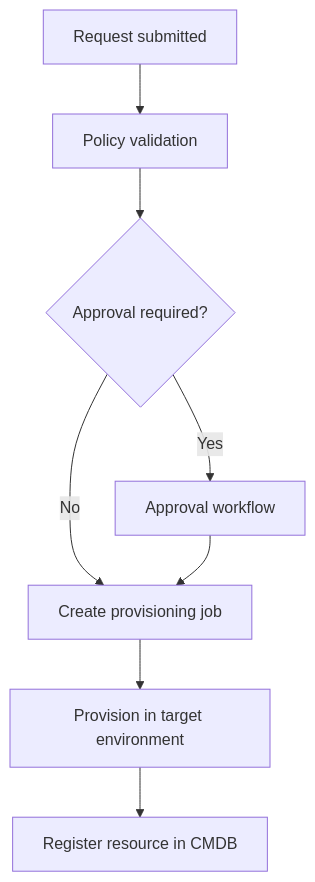
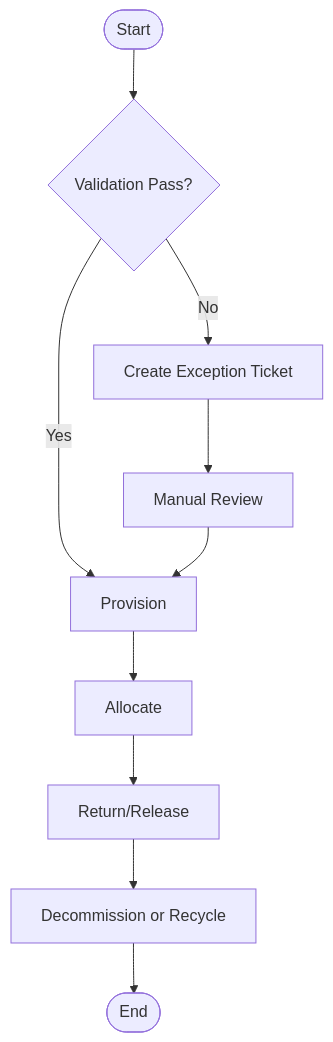
The diagram in Resource Lifecycle Management Platform/analysis/activity-diagrams.md (0Ankit0/Project-Ideas), drawn with Mermaid before and after one commit. The commit also changed other lines of this file and 37 other files, not shown here.

````diff
--- a/Resource Lifecycle Management Platform/analysis/activity-diagrams.md
+++ b/Resource Lifecycle Management Platform/analysis/activity-diagrams.md
@@ -4,10 +34,11 @@
 ```mermaid
 flowchart TD
-  A[Request submitted] --> B[Policy validation]
-  B --> C{Approval required?}
-  C -- Yes --> D[Approval workflow]
-  C -- No --> E[Create provisioning job]
-  D --> E
-  E --> F[Provision in target environment]
-  F --> G[Register resource in CMDB]
+  S([Start]) --> V{Validation Pass?}
+  V -->|No| E[Create Exception Ticket]
+  V -->|Yes| P[Provision]
+  P --> A[Allocate]
+  A --> R[Return/Release]
+  R --> D[Decommission or Recycle]
+  E --> M[Manual Review] --> P
+  D --> X([End])
 ```
````
